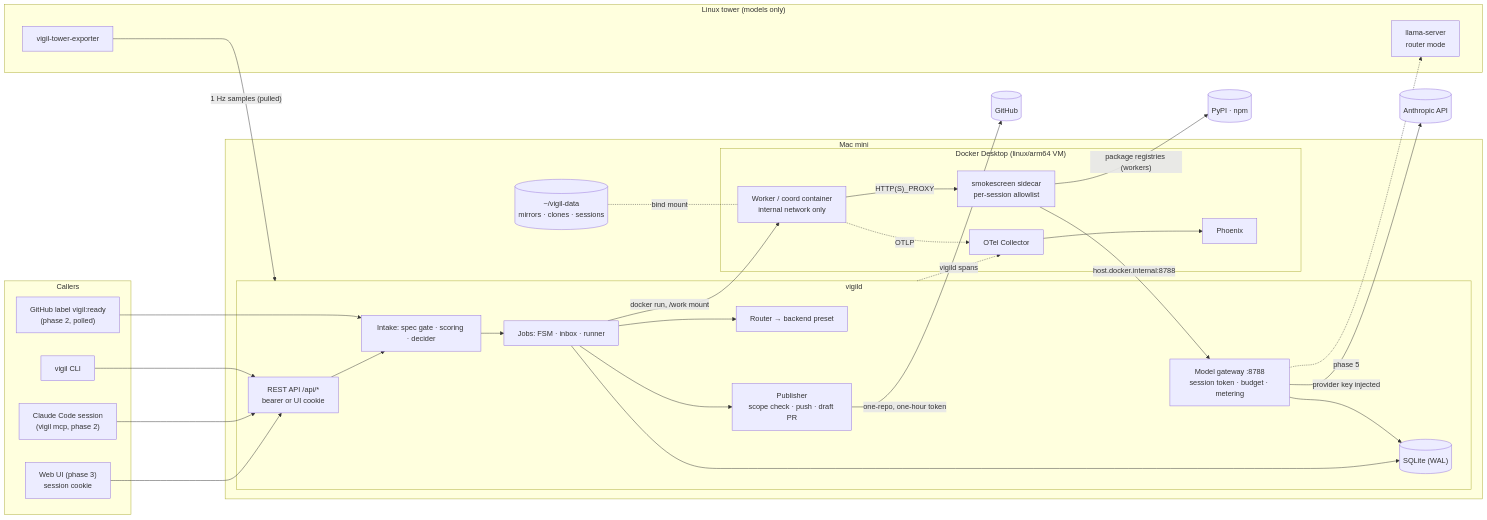
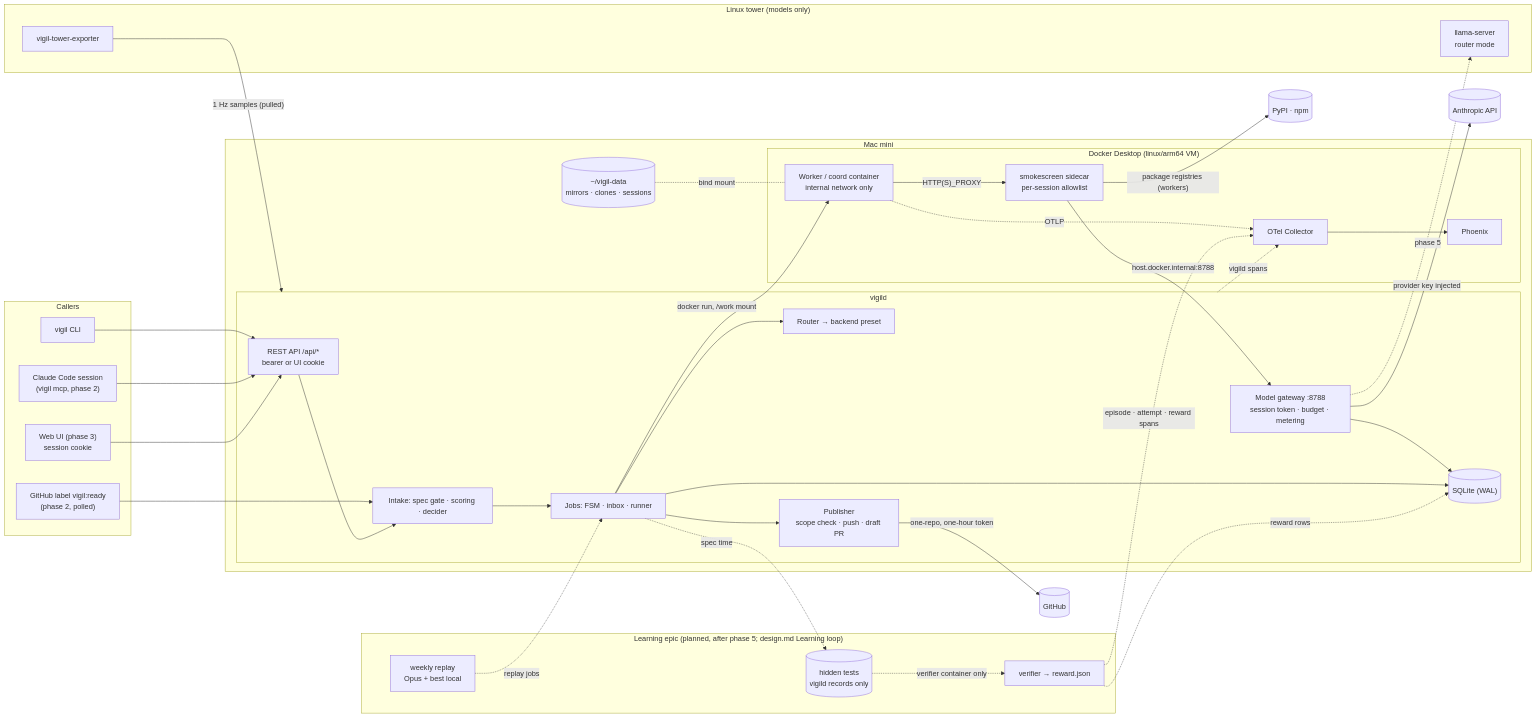
Before and after one commit to alienvisitor8675-bit/vigil: the first of 3 diagrams in docs/architecture.md, drawn with Mermaid. The commit also changed other lines of this file and 3 other files, not shown here.

First line of the commit message:
design: learning loop

````diff
--- a/docs/architecture.md
+++ b/docs/architecture.md
@@ -30,51 +30,62 @@
 ```mermaid
 flowchart LR
   subgraph Callers
     CLI["vigil CLI"]
     MCP["Claude Code session<br/>(vigil mcp, phase 2)"]
     UI["Web UI (phase 3)<br/>session cookie"]
     GHL["GitHub label vigil:ready<br/>(phase 2, polled)"]
   end
 
   subgraph Mac["Mac mini"]
     subgraph D["vigild"]
       API["REST API /api/*<br/>bearer or UI cookie"]
       IN["Intake: spec gate · scoring · decider"]
       JOB["Jobs: FSM · inbox · runner"]
       RT["Router → backend preset"]
       GW["Model gateway :8788<br/>session token · budget · metering"]
       PUB["Publisher<br/>scope check · push · draft PR"]
       DB[("SQLite (WAL)")]
     end
     subgraph Docker["Docker Desktop (linux/arm64 VM)"]
       W1["Worker / coord container<br/>internal network only"]
       PX["smokescreen sidecar<br/>per-session allowlist"]
       OC["OTel Collector"]
       PH["Phoenix"]
     end
     CK[("~/vigil-data<br/>mirrors · clones · sessions")]
   end
 
   subgraph Tower["Linux tower (models only)"]
     LS["llama-server<br/>router mode"]
     EXP["vigil-tower-exporter"]
   end
 
   CLI & MCP & UI --> API
   GHL --> IN
   API --> IN --> JOB --> RT
   JOB -- "docker run, /work mount" --> W1
   CK -. "bind mount" .- W1
   W1 -- "HTTP(S)_PROXY" --> PX
   PX -- "host.docker.internal:8788" --> GW
   PX -- "package registries (workers)" --> REG[("PyPI · npm")]
   GW -- "provider key injected" --> ANT[("Anthropic API")]
   GW -. "phase 5" .-> LS
   JOB --> PUB -- "one-repo, one-hour token" --> GH[("GitHub")]
   W1 -. "OTLP" .-> OC
   D -. "vigild spans" .-> OC
   OC --> PH
   GW --> DB
   JOB --> DB
   EXP -- "1 Hz samples (pulled)" --> D
+
+  subgraph LRN["Learning epic (planned, after phase 5; design.md Learning loop)"]
+    HT[("hidden tests<br/>vigild records only")]
+    VR["verifier → reward.json"]
+    RP["weekly replay<br/>Opus + best local"]
+  end
+  JOB -. "spec time" .-> HT
+  HT -. "verifier container only" .-> VR
+  VR -. "reward rows" .-> DB
+  VR -. "episode · attempt · reward spans" .-> OC
+  RP -. "replay jobs" .-> JOB
 ```
````
